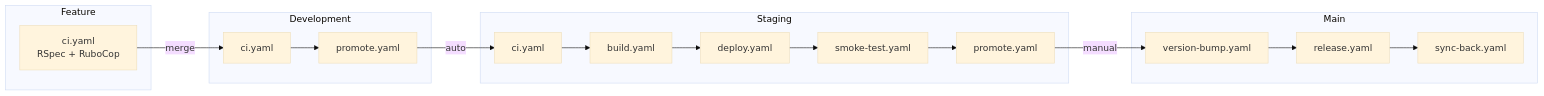
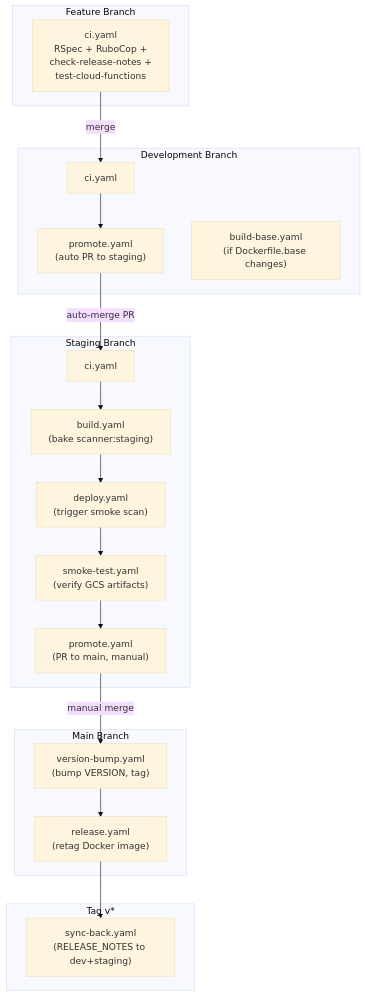
Before and after one commit to Peregrine-Technology-Systems/peregrine-penetrator-scanner: diagram 16 of 24 in docs/ARCHITECTURE.md, drawn with Mermaid (base theme). The commit also changed other lines of this file and 1 other file, not shown here.

Commit message:
docs: comprehensive architecture documentation with Mermaid diagrams (#621)

````diff
--- a/docs/ARCHITECTURE.md
+++ b/docs/ARCHITECTURE.md
@@ -348,36 +611,40 @@
 ```mermaid
-flowchart LR
-    subgraph Feature
-        CI1[ci.yaml<br/>RSpec + RuboCop]
+flowchart TD
+    subgraph "Feature Branch"
+        CI_F["ci.yaml<br/>RSpec + RuboCop +<br/>check-release-notes +<br/>test-cloud-functions"]
     end
 
-    subgraph Development
-        CI2[ci.yaml]
-        P1[promote.yaml]
+    subgraph "Development Branch"
+        CI_D["ci.yaml"]
+        P_D["promote.yaml<br/>(auto PR to staging)"]
+        BB["build-base.yaml<br/>(if Dockerfile.base changes)"]
     end
 
-    subgraph Staging
-        CI3[ci.yaml]
-        B1[build.yaml]
-        D1[deploy.yaml]
-        SM1[smoke-test.yaml]
-        P2[promote.yaml]
+    subgraph "Staging Branch"
+        CI_S["ci.yaml"]
+        BUILD["build.yaml<br/>(bake scanner:staging)"]
+        DEPLOY["deploy.yaml<br/>(trigger smoke scan)"]
+        SMOKE["smoke-test.yaml<br/>(verify GCS artifacts)"]
+        P_S["promote.yaml<br/>(PR to main, manual)"]
     end
 
-    subgraph Main
-        VB[version-bump.yaml]
-        REL[release.yaml]
-        SB[sync-back.yaml]
+    subgraph "Main Branch"
+        VB["version-bump.yaml<br/>(bump VERSION, tag)"]
+        REL["release.yaml<br/>(retag Docker image)"]
     end
 
-    CI1 -->|merge| CI2
-    CI2 --> P1
-    P1 -->|auto| CI3
-    CI3 --> B1
-    B1 --> D1
-    D1 --> SM1
-    SM1 --> P2
-    P2 -->|manual| VB
+    subgraph "Tag v*"
+        SB["sync-back.yaml<br/>(RELEASE_NOTES to dev+staging)"]
+    end
+
+    CI_F -->|"merge"| CI_D
+    CI_D --> P_D
+    P_D -->|"auto-merge PR"| CI_S
+    CI_S --> BUILD
+    BUILD --> DEPLOY
+    DEPLOY --> SMOKE
+    SMOKE --> P_S
+    P_S -->|"manual merge"| VB
     VB --> REL
     REL --> SB
 ```
````
